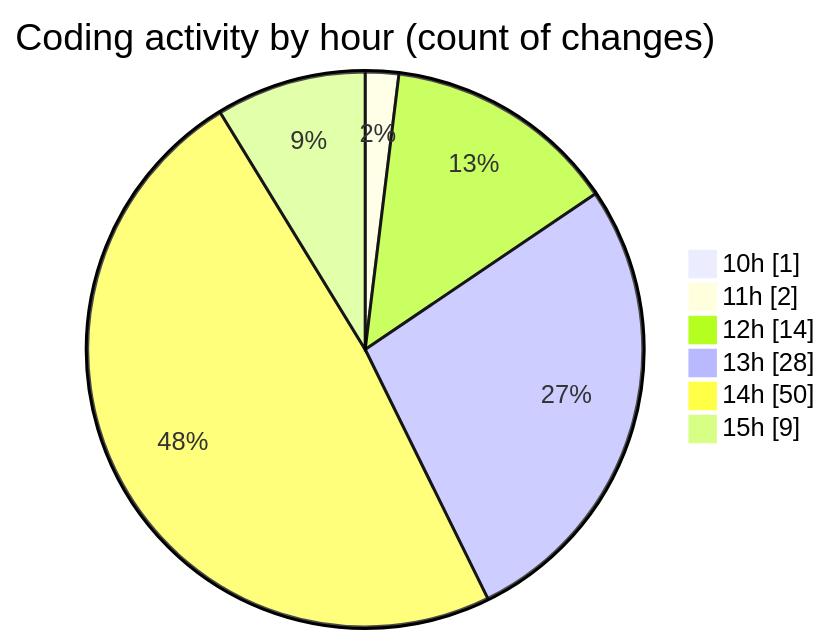
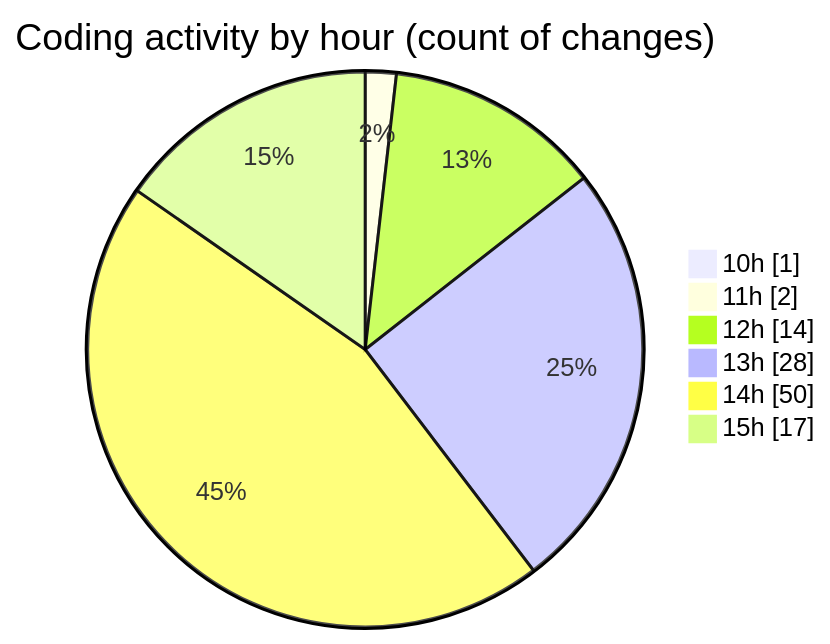
One commit to momahboobian/code-tracking changed the second of 2 diagrams in 2026-11-02/cda/README.md. Above: the diagram before and after it, drawn with Mermaid. The commit also changed other lines of this file and 1 other file, not shown here.

````diff
--- a/2026-11-02/cda/README.md
+++ b/2026-11-02/cda/README.md
@@ -60,10 +61,10 @@
 ```mermaid
 pie showData
 title Coding activity by hour (count of changes)
 "10h" : 1
 "11h" : 2
 "12h" : 14
 "13h" : 28
 "14h" : 50
-"15h" : 9
+"15h" : 17
 ```
````
